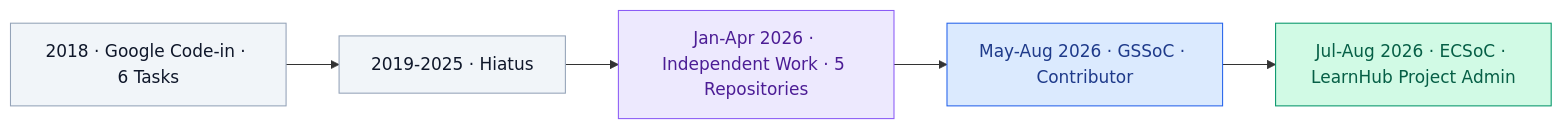
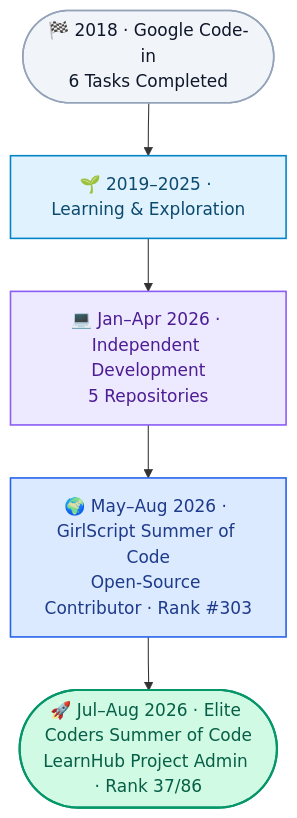
The first of 2 diagrams in README.md (udaycodespace/udaycodespace), drawn with Mermaid before and after one commit. The commit also changed other lines of this file, not shown here.

````diff
--- a/README.md
+++ b/README.md
@@ -110,20 +111,22 @@
 ```mermaid
-flowchart LR
-    A["2018 · Google Code-in · 6 Tasks"]
-    B["2019-2025 · Hiatus"]
-    C["Jan-Apr 2026 · Independent Work · 5 Repositories"]
-    D["May-Aug 2026 · GSSoC · Contributor"]
-    E["Jul-Aug 2026 · ECSoC · LearnHub Project Admin"]
+flowchart TD
+    A(["🏁 2018 · Google Code-in<br/>6 Tasks Completed"])
+    B["🌱 2019–2025 · Learning & Exploration"]
+    C["💻 Jan–Apr 2026 · Independent Development<br/>5 Repositories"]
+    D["🌍 May–Aug 2026 · GirlScript Summer of Code<br/>Open-Source Contributor · Rank #303"]
+    E(["🚀 Jul–Aug 2026 · Elite Coders Summer of Code<br/>LearnHub Project Admin · Rank 37/86"])
 
     A --> B --> C --> D --> E
 
-    classDef milestone fill:#F1F5F9,stroke:#94A3B8,color:#0F172A
-    classDef independent fill:#EDE9FE,stroke:#8B5CF6,color:#4C1D95
-    classDef community fill:#DBEAFE,stroke:#2563EB,color:#1E3A8A
-    classDef leadership fill:#D1FAE5,stroke:#059669,color:#065F46
+    classDef early fill:#F1F5F9,stroke:#94A3B8,color:#0F172A,stroke-width:1.5px
+    classDef growth fill:#E0F2FE,stroke:#0284C7,color:#0C4A6E,stroke-width:1.5px
+    classDef independent fill:#EDE9FE,stroke:#8B5CF6,color:#4C1D95,stroke-width:1.5px
+    classDef community fill:#DBEAFE,stroke:#2563EB,color:#1E3A8A,stroke-width:1.5px
+    classDef leadership fill:#D1FAE5,stroke:#059669,color:#065F46,stroke-width:2px
 
-    class A,B milestone
+    class A early
+    class B growth
     class C independent
     class D community
     class E leadership
 ```
````
